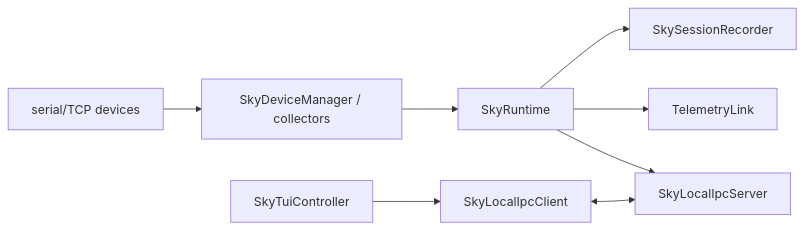
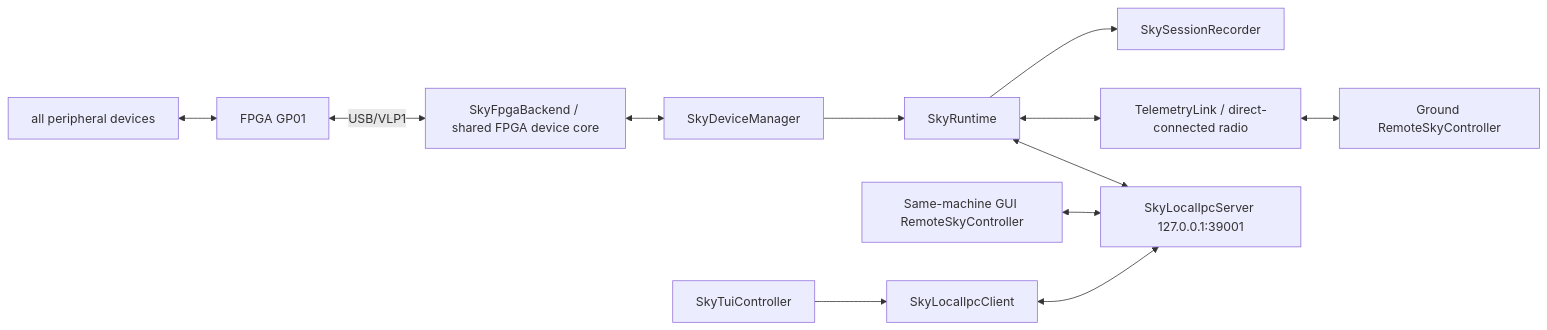
One commit to Winter-And-You-Gone/VaporView changed the fourth of 4 diagrams in docs/architecture.md. Above: the diagram before and after it, drawn with Mermaid. The commit also changed other lines of this file and 49 other files, not shown here.

Commit message:
feat: integrate SkyCore FPGA control and radio telemetry

````diff
--- a/docs/architecture.md
+++ b/docs/architecture.md
@@ -246,10 +250,14 @@
 ```mermaid
 flowchart LR
-  HW["serial/TCP devices"] --> DM["SkyDeviceManager / collectors"]
+  HW["all peripheral devices"] <--> FPGA["FPGA GP01"]
+  FPGA <-- USB/VLP1 --> Backend["SkyFpgaBackend / shared FPGA device core"]
+  Backend <--> DM["SkyDeviceManager"]
   DM --> SR["SkyRuntime"]
   SR --> REC["SkySessionRecorder"]
-  SR --> TL["TelemetryLink"]
-  SR --> IPCS["SkyLocalIpcServer"]
+  SR <--> TL["TelemetryLink / direct-connected radio"]
+  TL <--> Ground["Ground RemoteSkyController"]
+  SR <--> IPCS["SkyLocalIpcServer 127.0.0.1:39001"]
+  GUI["Same-machine GUI RemoteSkyController"] <--> IPCS
   TUI["SkyTuiController"] --> IPCC["SkyLocalIpcClient"]
   IPCC <--> IPCS
 ```
````
